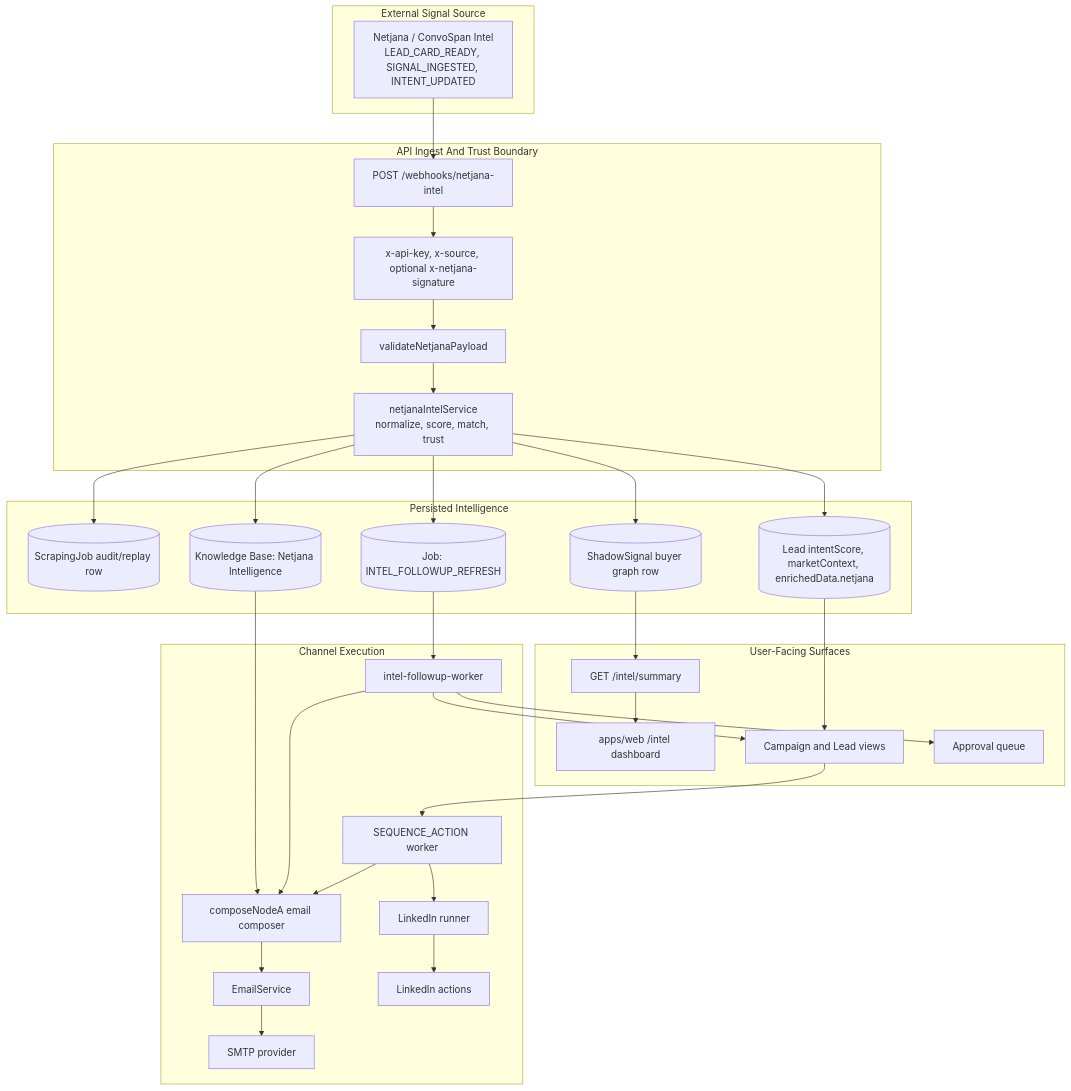
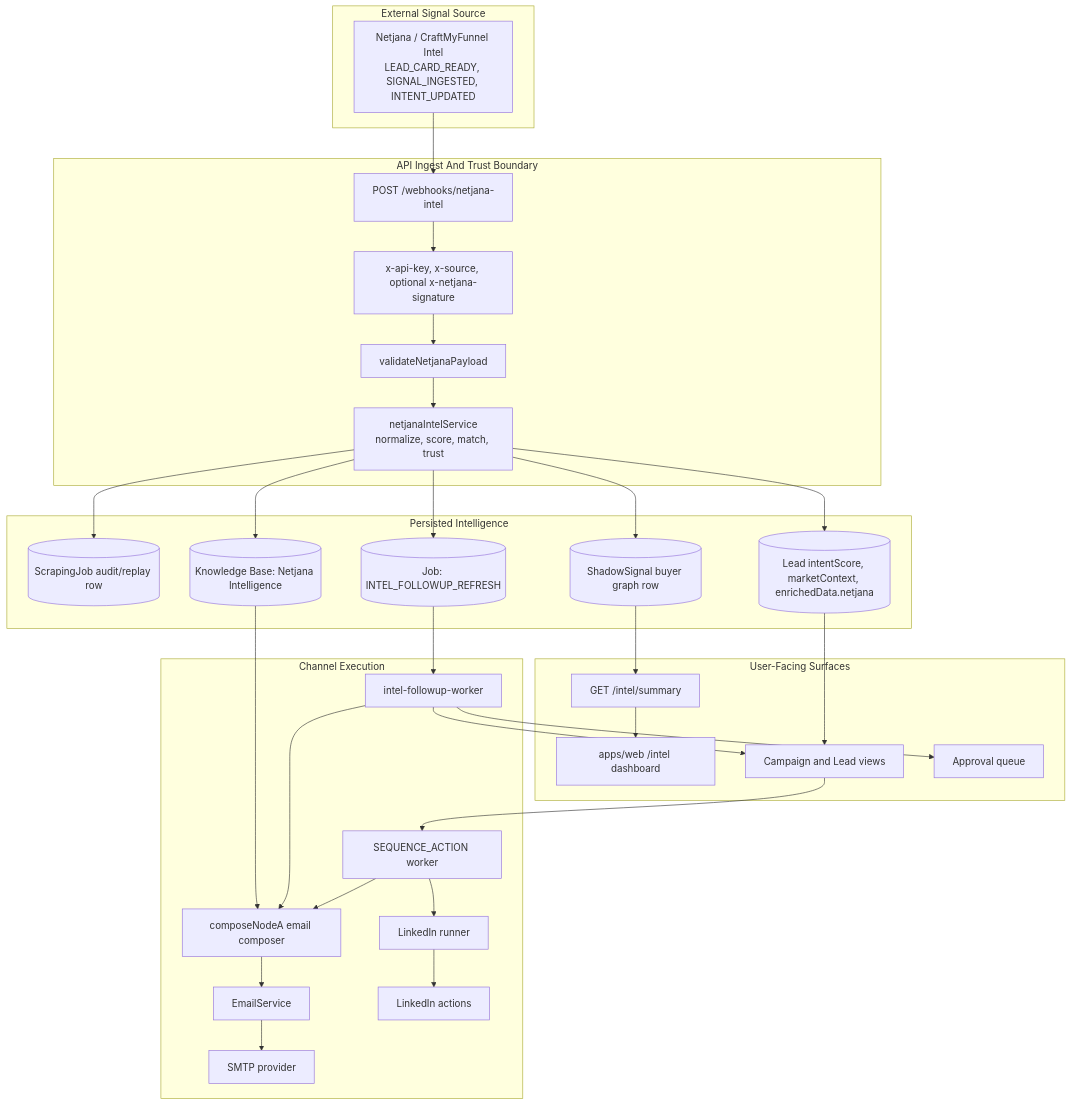
The fifth of 8 diagrams in docs/architecture-diagram.md (Convospanai-outreach/fullstack), drawn with Mermaid before and after one commit. The commit also changed other lines of this file and 104 other files, not shown here.

Commit message:
chore: comprehensive replacement of ConvoSpan to CraftMyFunnel across full monorepo

````diff
--- a/docs/architecture-diagram.md
+++ b/docs/architecture-diagram.md
@@ -438,65 +438,65 @@
 ```mermaid
 flowchart TB
     subgraph source["External Signal Source"]
-        netjana["Netjana / ConvoSpan Intel<br/>LEAD_CARD_READY, SIGNAL_INGESTED, INTENT_UPDATED"]
+        netjana["Netjana / CraftMyFunnel Intel<br/>LEAD_CARD_READY, SIGNAL_INGESTED, INTENT_UPDATED"]
     end
 
     subgraph ingest["API Ingest And Trust Boundary"]
         webhookRoute["POST /webhooks/netjana-intel"]
         authHeaders["x-api-key, x-source, optional x-netjana-signature"]
         validator["validateNetjanaPayload"]
         normalizer["netjanaIntelService<br/>normalize, score, match, trust"]
     end
 
     subgraph persisted["Persisted Intelligence"]
         scrapingJob[(ScrapingJob audit/replay row)]
         shadowSignal[(ShadowSignal buyer graph row)]
         leadContext[(Lead intentScore, marketContext, enrichedData.netjana)]
         intelKb[(Knowledge Base: Netjana Intelligence)]
         jobQueue[(Job: INTEL_FOLLOWUP_REFRESH)]
     end
 
     subgraph surfaces["User-Facing Surfaces"]
         intelApi["GET /intel/summary"]
         intelDashboard["apps/web /intel dashboard"]
         campaignPages[Campaign and Lead views]
         approvals[Approval queue]
     end
 
     subgraph channels["Channel Execution"]
         followupWorker[intel-followup-worker]
         composer[composeNodeA email composer]
         sequenceWorker[SEQUENCE_ACTION worker]
         linkedinRunner[LinkedIn runner]
         emailService[EmailService]
         smtp[SMTP provider]
         linkedin[LinkedIn actions]
     end
 
     netjana --> webhookRoute
     webhookRoute --> authHeaders
     authHeaders --> validator
     validator --> normalizer
 
     normalizer --> scrapingJob
     normalizer --> shadowSignal
     normalizer --> leadContext
     normalizer --> intelKb
     normalizer --> jobQueue
 
     shadowSignal --> intelApi
     intelApi --> intelDashboard
     leadContext --> campaignPages
     intelKb --> composer
     jobQueue --> followupWorker
     followupWorker --> composer
     followupWorker --> approvals
     followupWorker --> campaignPages
 
     campaignPages --> sequenceWorker
     sequenceWorker --> linkedinRunner
     sequenceWorker --> composer
     composer --> emailService
     emailService --> smtp
     linkedinRunner --> linkedin
 ```
````
